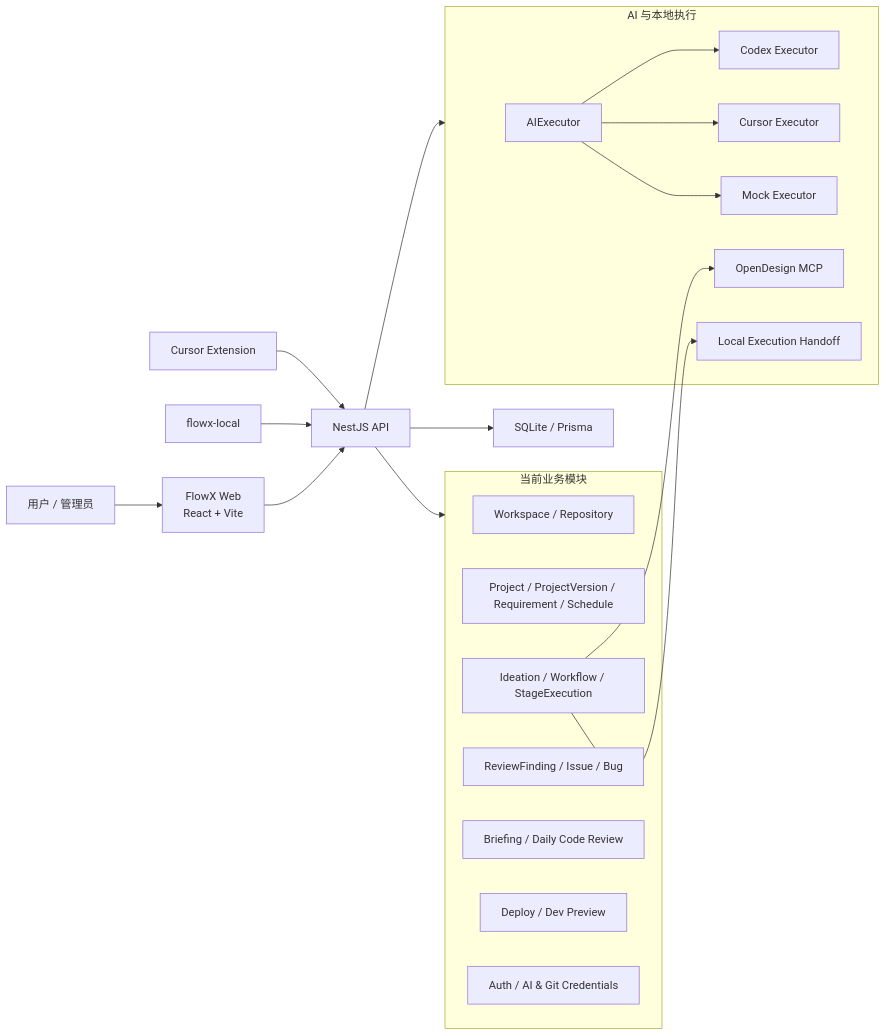
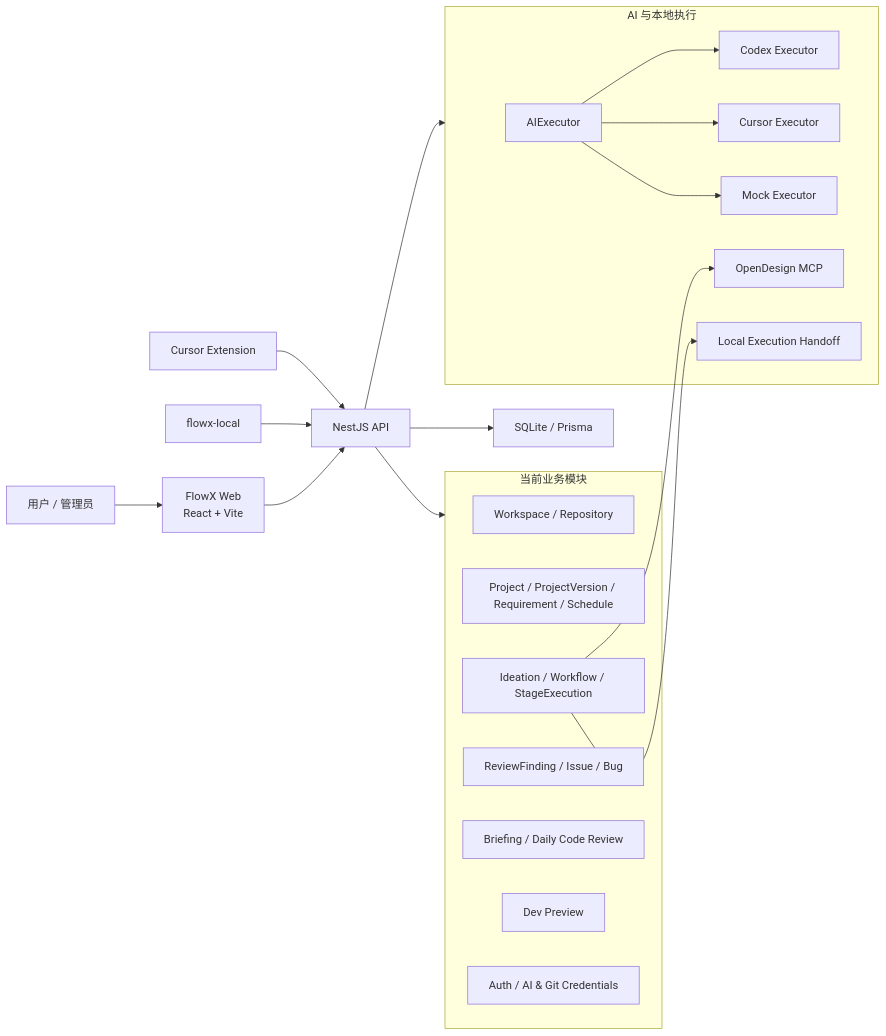
One commit to ChalkleyZhou/FlowX changed the diagram in docs/system-design.md. Above: the diagram before and after it, drawn with Mermaid. The commit also changed other lines of this file and 32 other files, not shown here.

````diff
--- a/docs/system-design.md
+++ b/docs/system-design.md
@@ -18,36 +18,36 @@
 ```mermaid
 flowchart LR
     User["用户 / 管理员"] --> Web["FlowX Web\nReact + Vite"]
     CursorExt["Cursor Extension"] --> API["NestJS API"]
     Local["flowx-local"] --> API
     Web --> API
     API --> DB["SQLite / Prisma"]
 
     subgraph Domains["当前业务模块"]
         Workspace["Workspace / Repository"]
         Project["Project / ProjectVersion / Requirement / Schedule"]
         Workflow["Ideation / Workflow / StageExecution"]
         Review["ReviewFinding / Issue / Bug"]
         Briefing["Briefing / Daily Code Review"]
-        Deploy["Deploy / Dev Preview"]
+        DevPreview["Dev Preview"]
         Auth["Auth / AI & Git Credentials"]
     end
 
     API --> Domains
 
     subgraph AI["AI 与本地执行"]
         Executor["AIExecutor"]
         Codex["Codex Executor"]
         Cursor["Cursor Executor"]
         Mock["Mock Executor"]
         OpenDesign["OpenDesign MCP"]
         LocalHandoff["Local Execution Handoff"]
     end
 
     API --> AI
     Executor --> Codex
     Executor --> Cursor
     Executor --> Mock
     Workflow --> OpenDesign
     Workflow --> LocalHandoff
 ```
````
